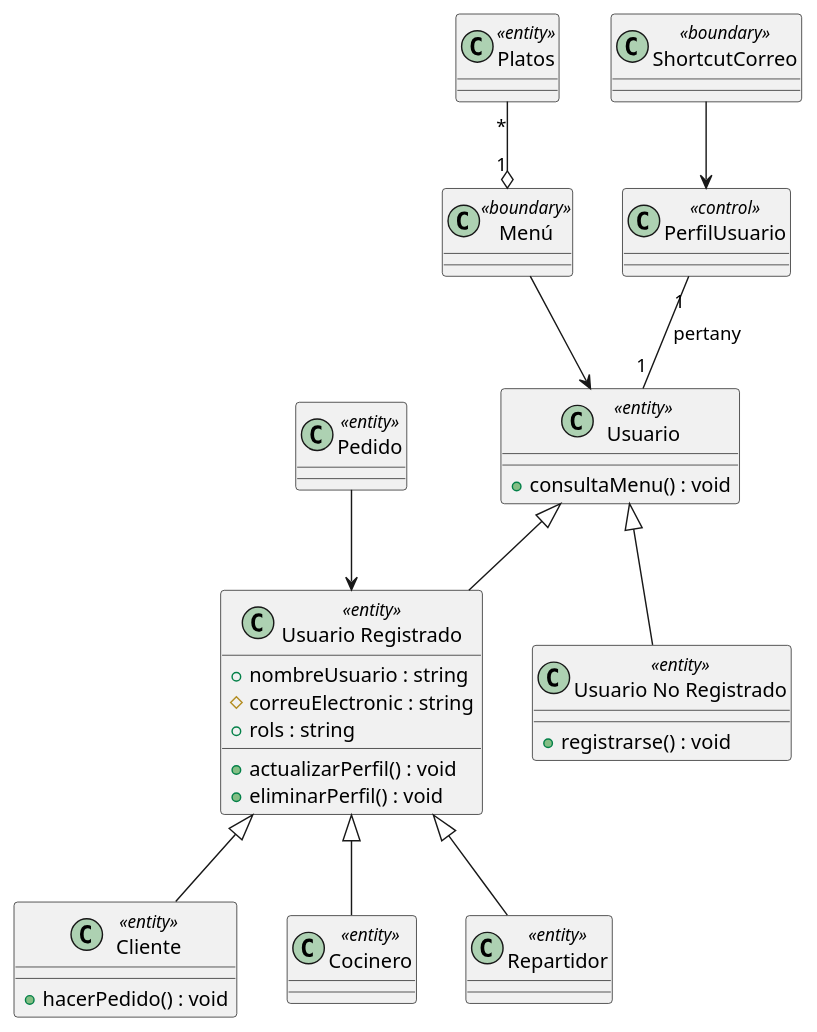
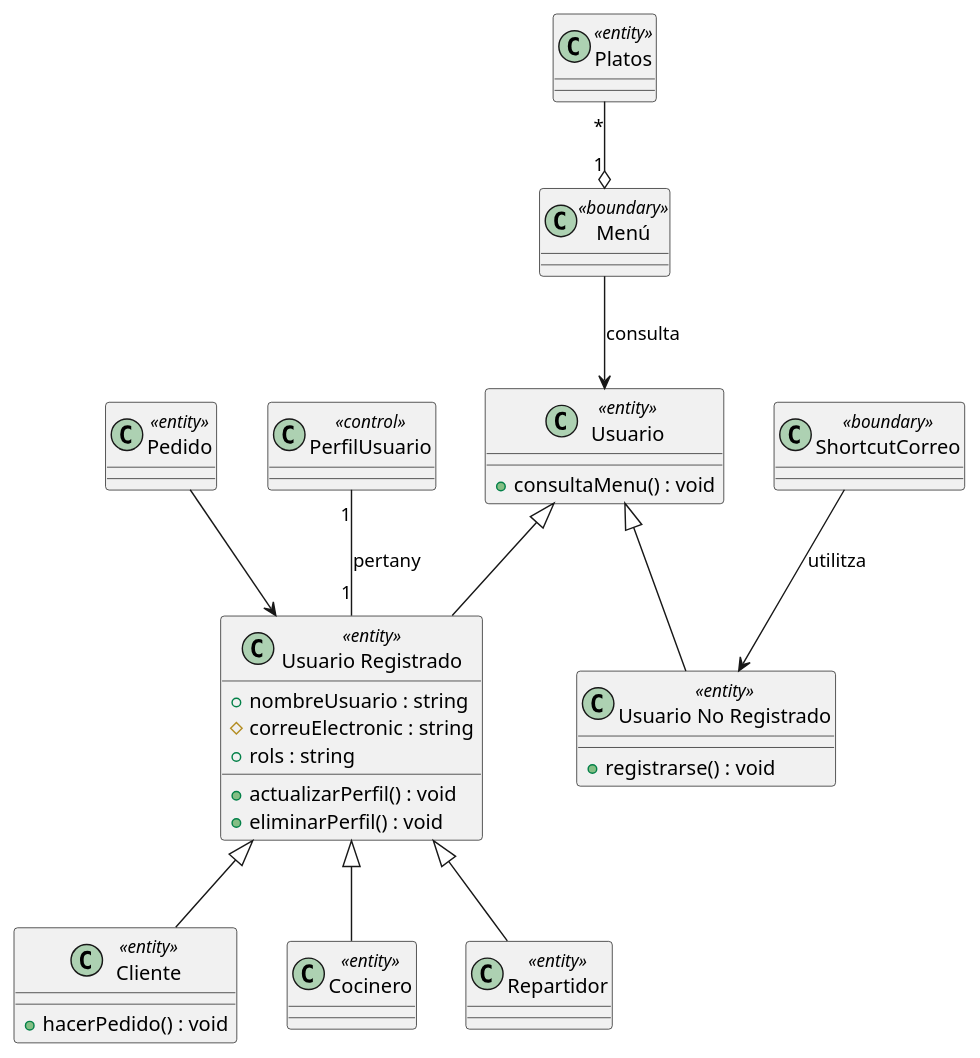
One commit to dabien3/ES25UAB-511-05 changed the diagram in documents/Diagrama Clases/CodeUML/bloq1.pUML. Above: the diagram before and after it, drawn with PlantUML.

```diff
--- a/documents/Diagrama Clases/CodeUML/bloq1.pUML
+++ b/documents/Diagrama Clases/CodeUML/bloq1.pUML
@@ -1,43 +1,43 @@
 @startuml
 class Usuario <<entity>>
 {
    +consultaMenu() : void
 }
 class "Usuario Registrado" as UsuarioRegistrado <<entity>>
 {
    +nombreUsuario : string
    #correuElectronic : string
    +rols : string
    +actualizarPerfil() : void
    +eliminarPerfil() : void
    
 }
 class "Usuario No Registrado" as UsuarioNoRegistrado <<entity>>
 {
    +registrarse() : void
 }
 class Cliente <<entity>>
 {
    +hacerPedido() : void
 }
 class Cocinero <<entity>>
 class Repartidor <<entity>>
 class Pedido <<entity>>
 class Menú <<boundary>>
 class ShortcutCorreo <<boundary>>
 class PerfilUsuario <<control>>
 class Platos <<entity>>
 
 Usuario <|-- UsuarioRegistrado
 Usuario <|-- UsuarioNoRegistrado
 UsuarioRegistrado <|-- Cliente
 UsuarioRegistrado <|-- Cocinero
 UsuarioRegistrado <|-- Repartidor
 Pedido --> UsuarioRegistrado
-Menú --> Usuario
-PerfilUsuario "1" -- "1" Usuario : pertany
+Menú --> Usuario : consulta
+PerfilUsuario "1" -- "1" UsuarioRegistrado : pertany
 Platos "*" --o "1" Menú
-ShortcutCorreo --> PerfilUsuario
+ShortcutCorreo --> UsuarioNoRegistrado : utilitza
 
 
 @enduml
```
